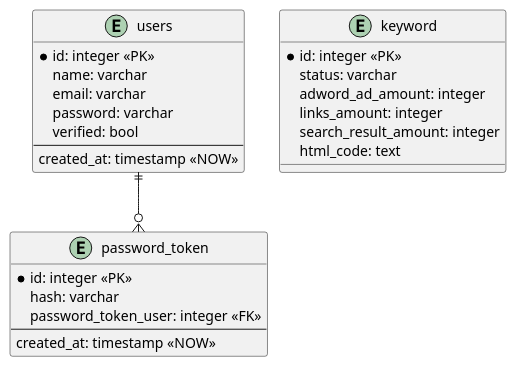
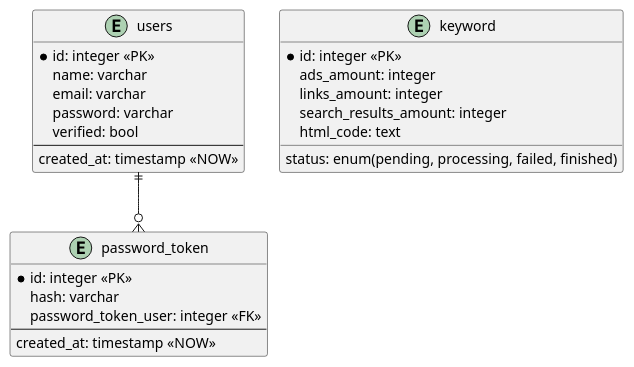
The diagram in docs/erd.puml (thiennc1107/search-analyzer), drawn with PlantUML before and after one commit. The commit also changed 18 other files, not shown here.

```diff
--- a/docs/erd.puml
+++ b/docs/erd.puml
@@ -1,32 +1,32 @@
 @startuml Database diagram
 entity "users" as user {
     * id: integer <<PK>>
     name: varchar
     email: varchar
     password: varchar
     verified: bool
     --
     created_at: timestamp <<NOW>>
 }
 
 entity "password_token" as passwordToken {
     * id: integer <<PK>>
     hash: varchar
     password_token_user: integer <<FK>>
     --
     created_at: timestamp <<NOW>>
 }
 
 entity "keyword" as kw {
     * id: integer <<PK>>
-    status: varchar
-    adword_ad_amount: integer
+    status: enum(pending, processing, failed, finished)
+    ads_amount: integer
     links_amount: integer
-    search_result_amount: integer
+    search_results_amount: integer
     html_code: text
 }
 
 user ||--o{ passwordToken
 
 
 @enduml
```
